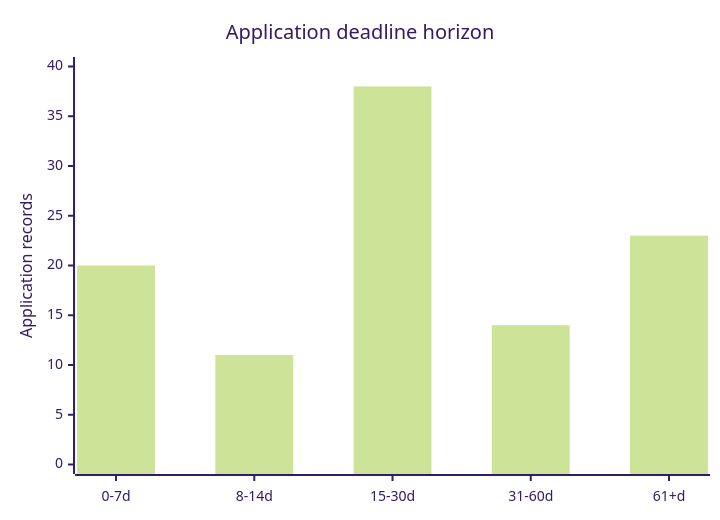
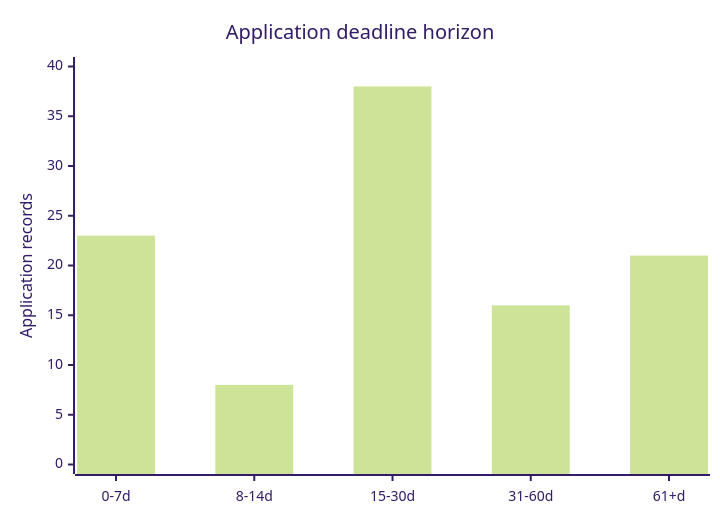
One commit to Armanasq/phd_tracker changed the diagram in docs/diagrams/deadline_xy.mmd. Above: the diagram before and after it, drawn with Mermaid (forest theme). The commit also changed 34 other files, not shown here.

```diff
--- a/docs/diagrams/deadline_xy.mmd
+++ b/docs/diagrams/deadline_xy.mmd
@@ -1,5 +1,5 @@
 xychart-beta
     title "Application deadline horizon"
     x-axis ["0-7d", "8-14d", "15-30d", "31-60d", "61+d"]
     y-axis "Application records" 0 --> 40
-    bar [20, 11, 38, 14, 23]
+    bar [23, 8, 38, 16, 21]
```
